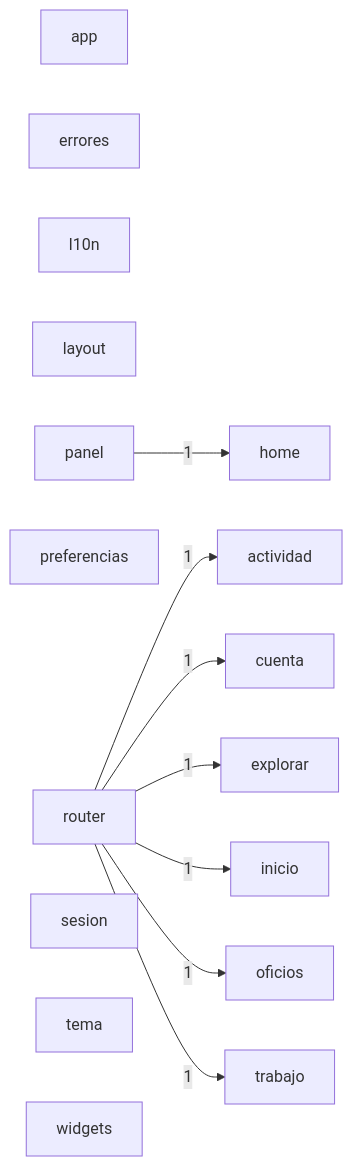
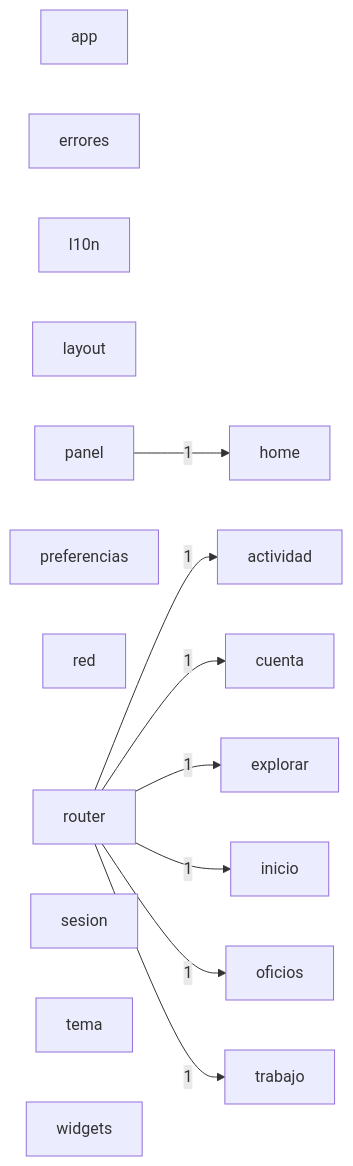
The diagram in docs/architecture/modules.mmd (JulianH2/knock-frontend), drawn with Mermaid before and after one commit. The commit also changed 23 other files, not shown here.

```diff
--- a/docs/architecture/modules.mmd
+++ b/docs/architecture/modules.mmd
@@ -1,25 +1,26 @@
 graph LR
   actividad["actividad"]
   app["app"]
   cuenta["cuenta"]
   errores["errores"]
   explorar["explorar"]
   home["home"]
   inicio["inicio"]
   l10n["l10n"]
   layout["layout"]
   oficios["oficios"]
   panel["panel"]
   preferencias["preferencias"]
+  red["red"]
   router["router"]
   sesion["sesion"]
   tema["tema"]
   trabajo["trabajo"]
   widgets["widgets"]
   panel -->|1| home
   router -->|1| actividad
   router -->|1| cuenta
   router -->|1| explorar
   router -->|1| inicio
   router -->|1| oficios
   router -->|1| trabajo
```
